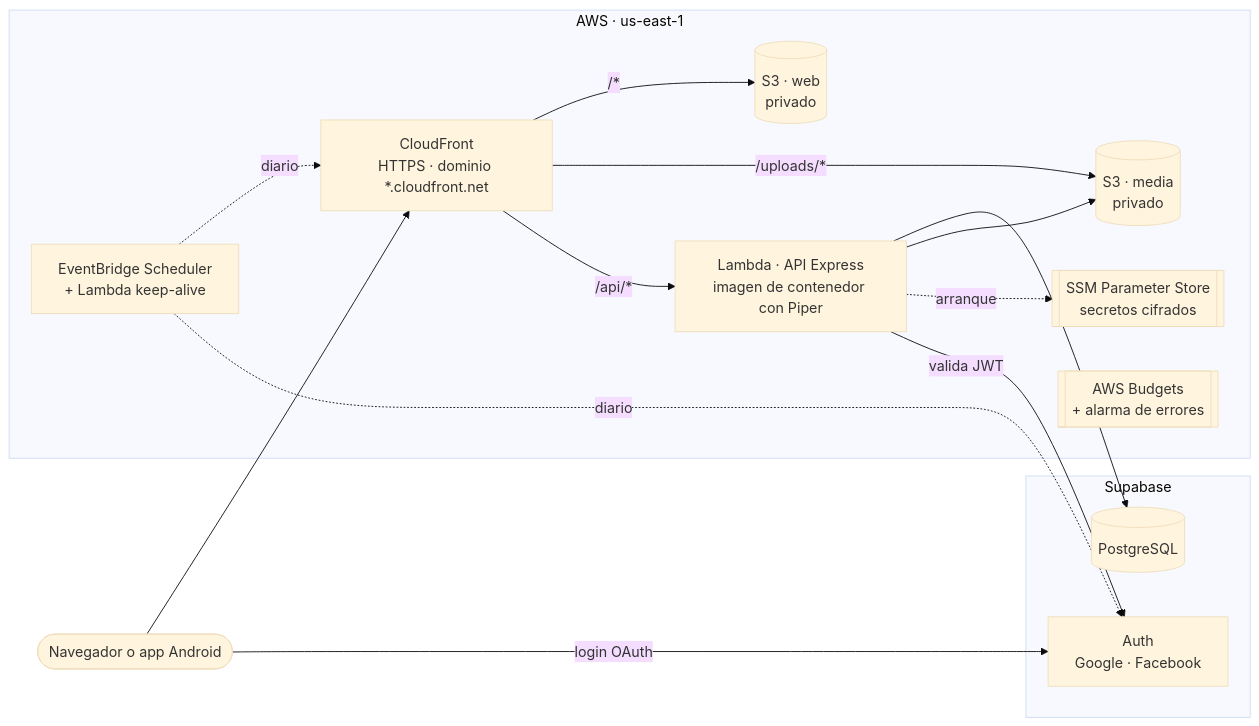
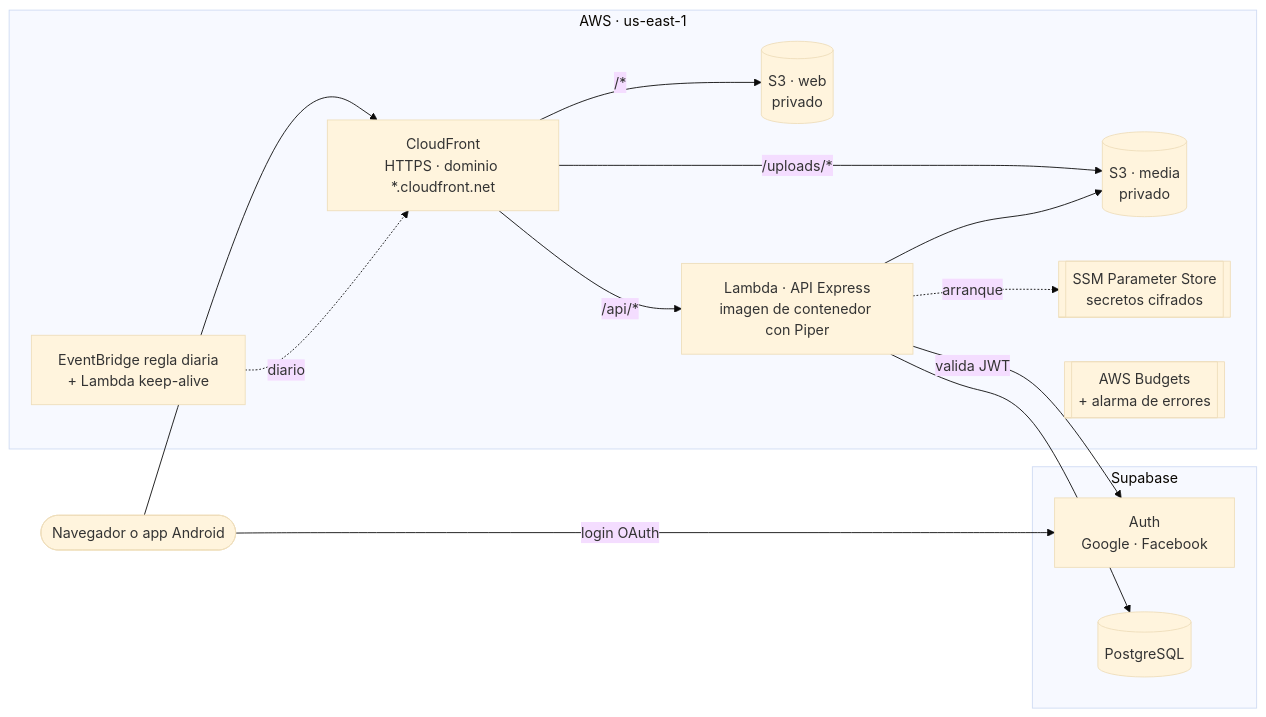
Before and after one commit to dimasjavier0/lexflow-api: the diagram in docs/aws-deployment.md, drawn with Mermaid (base theme). The commit also changed other lines of this file and 17 other files, not shown here.

````diff
--- a/docs/aws-deployment.md
+++ b/docs/aws-deployment.md
@@ -16,28 +16,27 @@
 ```mermaid
 flowchart LR
   user([Navegador o app Android])
   subgraph AWS["AWS · us-east-1"]
     cf[CloudFront<br/>HTTPS · dominio *.cloudfront.net]
     web[(S3 · web<br/>privado)]
     media[(S3 · media<br/>privado)]
     fn[Lambda · API Express<br/>imagen de contenedor con Piper]
     ssm[[SSM Parameter Store<br/>secretos cifrados]]
-    ping[EventBridge Scheduler<br/>+ Lambda keep-alive]
+    ping[EventBridge regla diaria<br/>+ Lambda keep-alive]
     budget[[AWS Budgets<br/>+ alarma de errores]]
   end
   subgraph Supabase
     auth[Auth<br/>Google · Facebook]
     db[(PostgreSQL)]
   end
   user --> cf
   cf -- "/*" --> web
   cf -- "/uploads/*" --> media
   cf -- "/api/*" --> fn
   fn --> db
   fn --> media
   fn -. arranque .-> ssm
   fn -- valida JWT --> auth
   user -- login OAuth --> auth
   ping -. diario .-> cf
-  ping -. diario .-> auth
 ```
````
